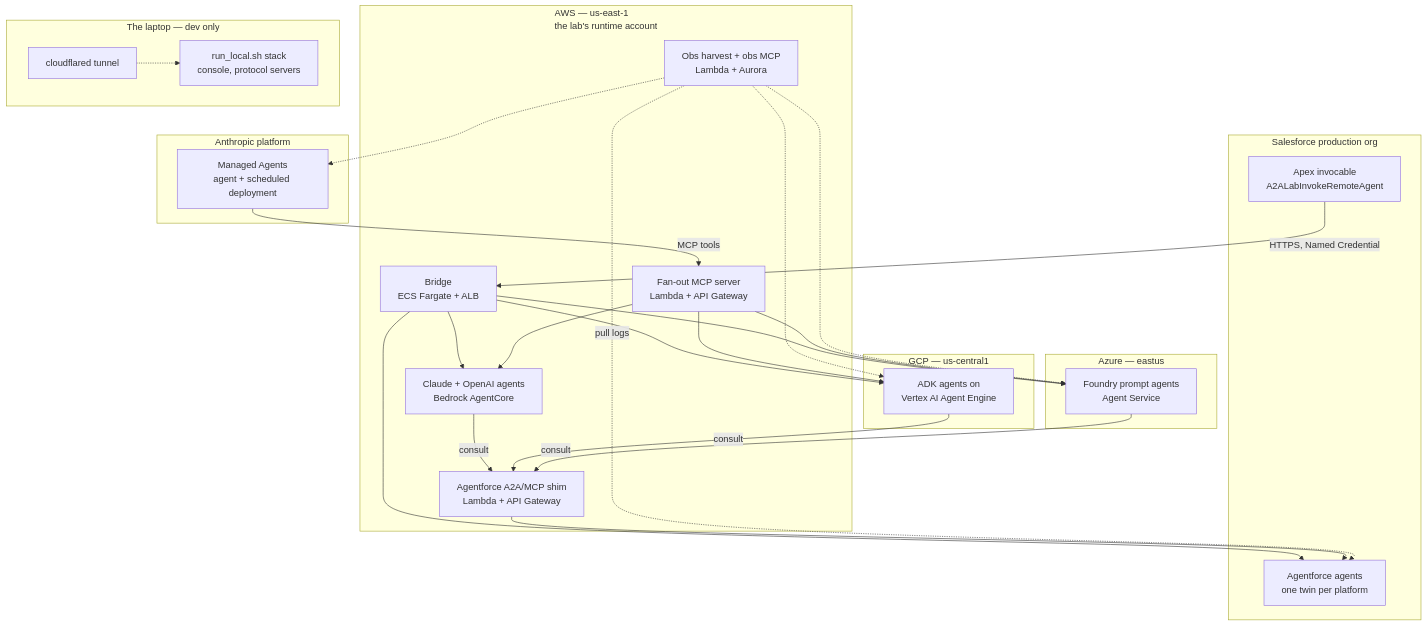
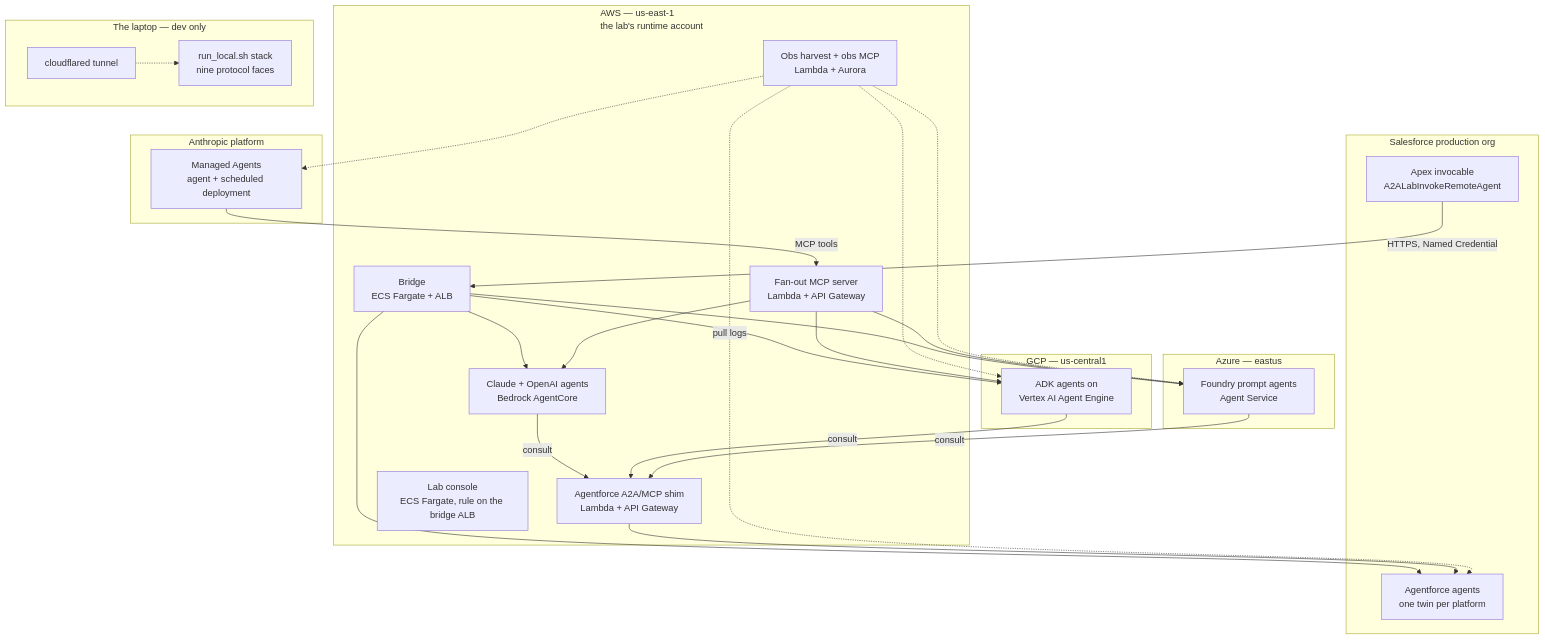
One commit to congmingwudi/a2a-lab changed the first of 7 diagrams in plan/09-deployment-map.md. Above: the diagram before and after it, drawn with Mermaid. The commit also changed other lines of this file and 6 other files, not shown here.

````diff
--- a/plan/09-deployment-map.md
+++ b/plan/09-deployment-map.md
@@ -37,51 +37,52 @@
 ```mermaid
 flowchart TB
   subgraph SF["Salesforce production org"]
     AF["Agentforce agents<br/>one twin per platform"]
     APEX["Apex invocable<br/>A2ALabInvokeRemoteAgent"]
   end
 
   subgraph AWS["AWS — us-east-1<br/>the lab's runtime account"]
     BRIDGE["Bridge<br/>ECS Fargate + ALB"]
     RUNTIMES["Claude + OpenAI agents<br/>Bedrock AgentCore"]
     SHIM["Agentforce A2A/MCP shim<br/>Lambda + API Gateway"]
     FANOUT["Fan-out MCP server<br/>Lambda + API Gateway"]
     OBS["Obs harvest + obs MCP<br/>Lambda + Aurora"]
+    CONSOLE["Lab console<br/>ECS Fargate, rule on the bridge ALB"]
   end
 
   subgraph GCP["GCP — us-central1"]
     ADK["ADK agents on<br/>Vertex AI Agent Engine"]
   end
 
   subgraph AZ["Azure — eastus"]
     FOUNDRY["Foundry prompt agents<br/>Agent Service"]
   end
 
   subgraph ANT["Anthropic platform"]
     CMA["Managed Agents<br/>agent + scheduled deployment"]
   end
 
   subgraph LAP["The laptop — dev only"]
-    LOCAL["run_local.sh stack<br/>console, protocol servers"]
+    LOCAL["run_local.sh stack<br/>nine protocol faces"]
     TUNNEL["cloudflared tunnel"]
   end
 
   APEX -->|"HTTPS, Named Credential"| BRIDGE
   BRIDGE --> RUNTIMES
   BRIDGE --> ADK
   BRIDGE --> FOUNDRY
   BRIDGE --> AF
   RUNTIMES -->|"consult"| SHIM
   ADK -->|"consult"| SHIM
   FOUNDRY -->|"consult"| SHIM
   CMA -->|"MCP tools"| FANOUT
   SHIM --> AF
   FANOUT --> ADK
   FANOUT --> FOUNDRY
   FANOUT --> RUNTIMES
   OBS -.->|"pull logs"| AF
   OBS -.-> CMA
   OBS -.-> ADK
   OBS -.-> FOUNDRY
   TUNNEL -.-> LOCAL
 ```
````
